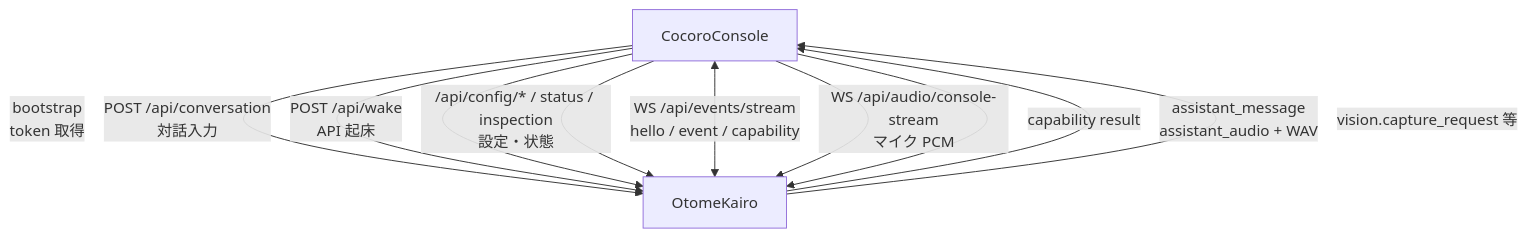
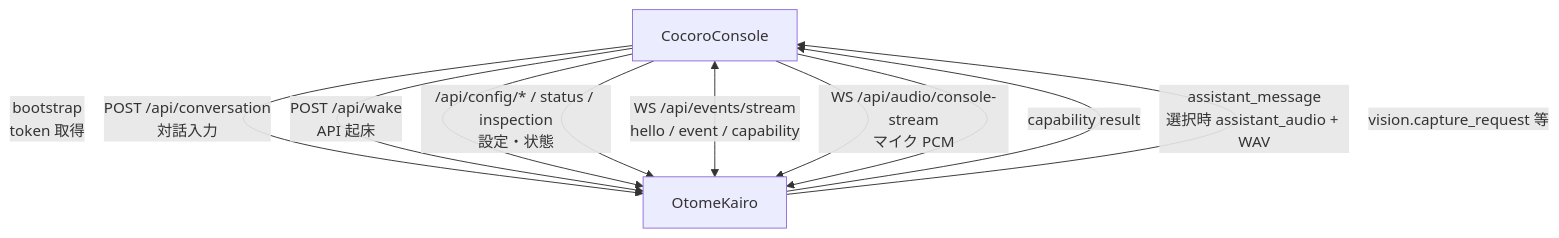
One commit to hirona98/OtomeKairo changed the second of 7 diagrams in docs/design/integration/OtomeKairoとCocoroConsoleとCocoroShell.md. Above: the diagram before and after it, drawn with Mermaid. The commit also changed other lines of this file and 38 other files, not shown here.

````diff
--- a/docs/design/integration/OtomeKairoとCocoroConsoleとCocoroShell.md
+++ b/docs/design/integration/OtomeKairoとCocoroConsoleとCocoroShell.md
@@ -62,15 +62,15 @@
 ```mermaid
 flowchart TB
     CC[CocoroConsole]
     OK[OtomeKairo]
 
     CC -->|"bootstrap<br/>token 取得"| OK
     CC -->|"POST /api/conversation<br/>対話入力"| OK
     CC -->|"POST /api/wake<br/>API 起床"| OK
     CC -->|"/api/config/* / status / inspection<br/>設定・状態"| OK
     CC <-->|"WS /api/events/stream<br/>hello / event / capability"| OK
     CC -->|"WS /api/audio/console-stream<br/>マイク PCM"| OK
-    OK -->|"assistant_message<br/>assistant_audio + WAV"| CC
+    OK -->|"assistant_message<br/>選択時 assistant_audio + WAV"| CC
     OK -->|"vision.capture_request 等"| CC
     CC -->|"capability result"| OK
 ```
````
